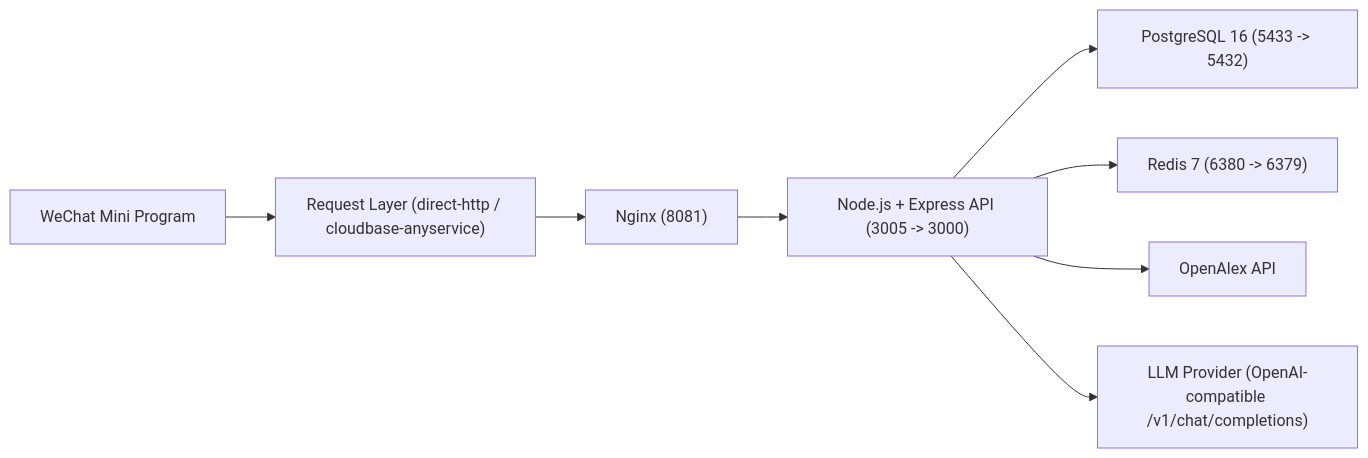
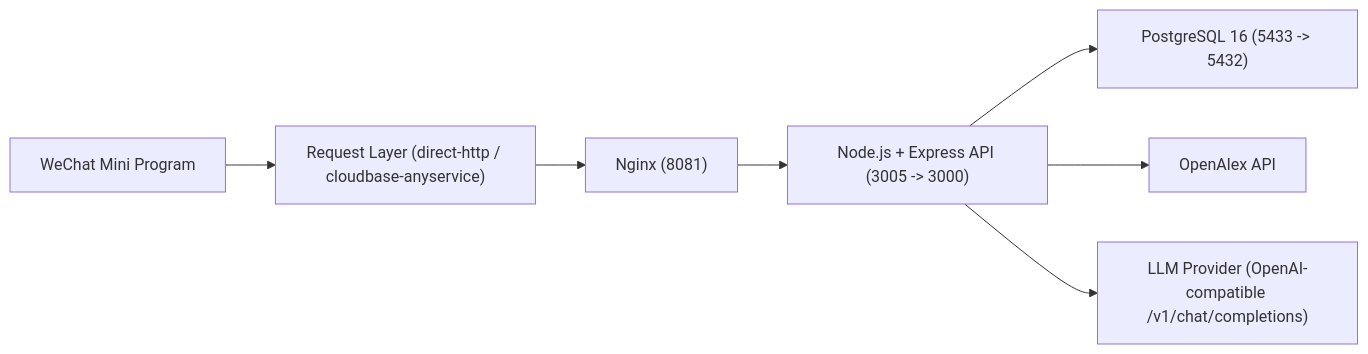
One commit to AnxuChen/ResearchPilot changed the diagram in README.md. Above: the diagram before and after it, drawn with Mermaid. The commit also changed other lines of this file, not shown here.

````diff
--- a/README.md
+++ b/README.md
@@ -57,10 +57,9 @@
 ```mermaid
 flowchart LR
   A["WeChat Mini Program"] --> B["Request Layer (direct-http / cloudbase-anyservice)"]
   B --> C["Nginx (8081)"]
   C --> D["Node.js + Express API (3005 -> 3000)"]
   D --> E["PostgreSQL 16 (5433 -> 5432)"]
-  D --> F["Redis 7 (6380 -> 6379)"]
   D --> G["OpenAlex API"]
   D --> H["LLM Provider (OpenAI-compatible /v1/chat/completions)"]
 ```
````
